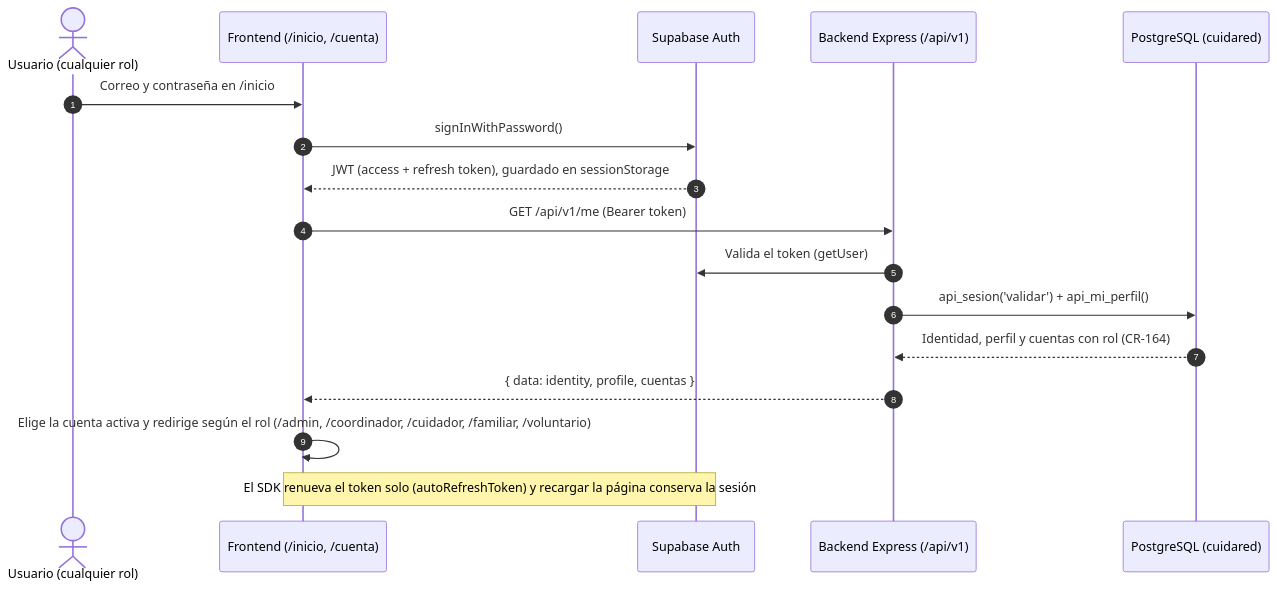
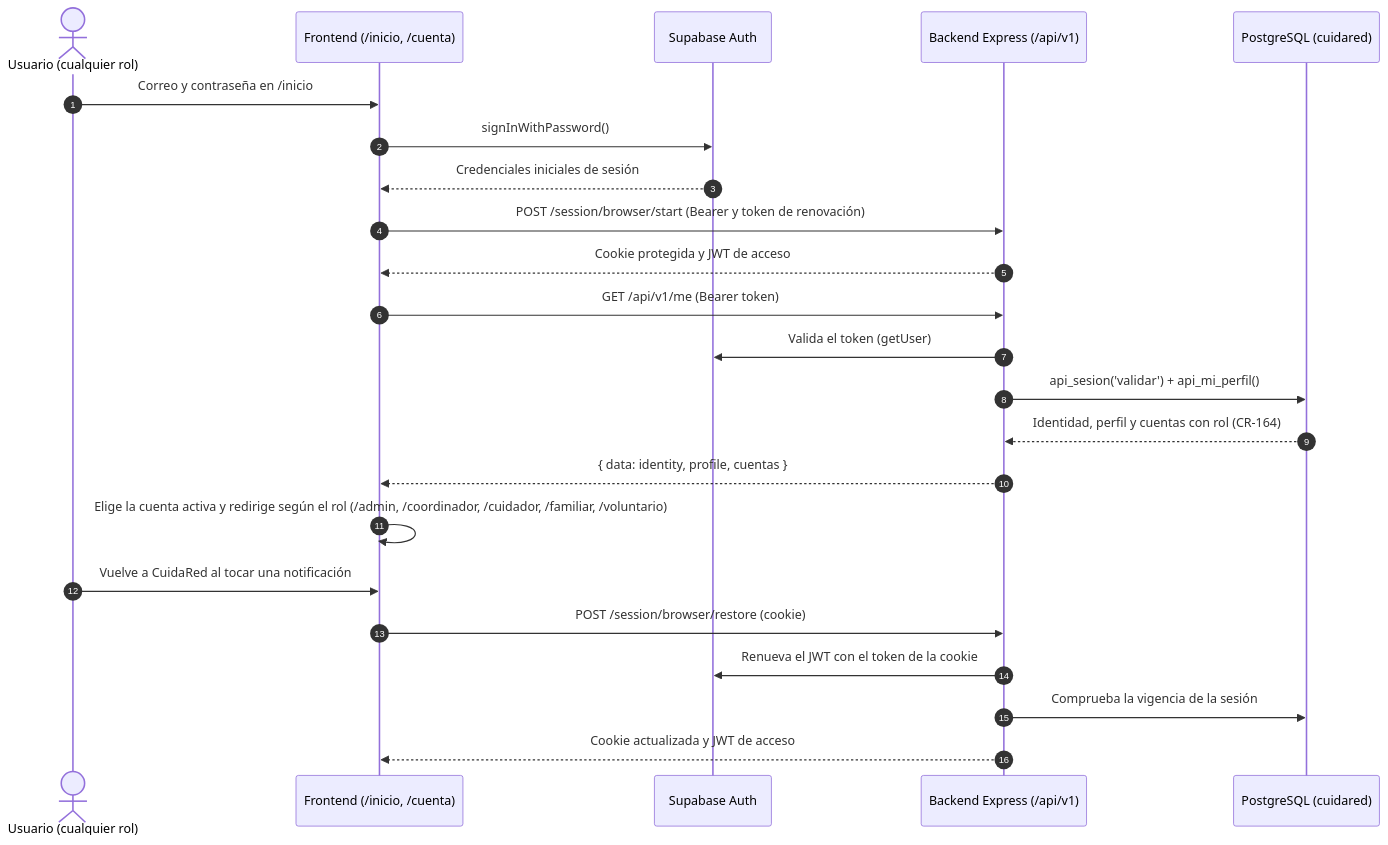
One commit to katrielcastillo-blip/CuidaRed-Frontend changed the first of 2 diagrams in docs/diagramas/flujo-login-perfil.md. Above: the diagram before and after it, drawn with Mermaid. The commit also changed other lines of this file and 18 other files, not shown here.

Commit message:
feat: connect web push and restore browser sessions

````diff
--- a/docs/diagramas/flujo-login-perfil.md
+++ b/docs/diagramas/flujo-login-perfil.md
@@ -7,19 +7,25 @@
 ```mermaid
 sequenceDiagram
   autonumber
   actor U as Usuario (cualquier rol)
   participant F as Frontend (/inicio, /cuenta)
   participant A as Supabase Auth
   participant E as Backend Express (/api/v1)
   participant P as PostgreSQL (cuidared)
   U->>F: Correo y contraseña en /inicio
   F->>A: signInWithPassword()
-  A-->>F: JWT (access + refresh token), guardado en sessionStorage
+  A-->>F: Credenciales iniciales de sesión
+  F->>E: POST /session/browser/start (Bearer y token de renovación)
+  E-->>F: Cookie protegida y JWT de acceso
   F->>E: GET /api/v1/me (Bearer token)
   E->>A: Valida el token (getUser)
   E->>P: api_sesion('validar') + api_mi_perfil()
   P-->>E: Identidad, perfil y cuentas con rol (CR-164)
   E-->>F: { data: identity, profile, cuentas }
   F->>F: Elige la cuenta activa y redirige según el rol (/admin, /coordinador, /cuidador, /familiar, /voluntario)
-  Note over F,A: El SDK renueva el token solo (autoRefreshToken) y recargar la página conserva la sesión
+  U->>F: Vuelve a CuidaRed al tocar una notificación
+  F->>E: POST /session/browser/restore (cookie)
+  E->>A: Renueva el JWT con el token de la cookie
+  E->>P: Comprueba la vigencia de la sesión
+  E-->>F: Cookie actualizada y JWT de acceso
 ```
````
